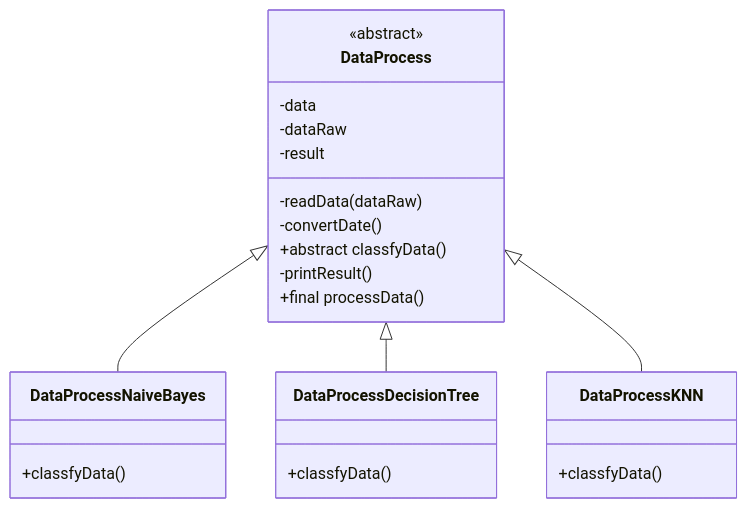
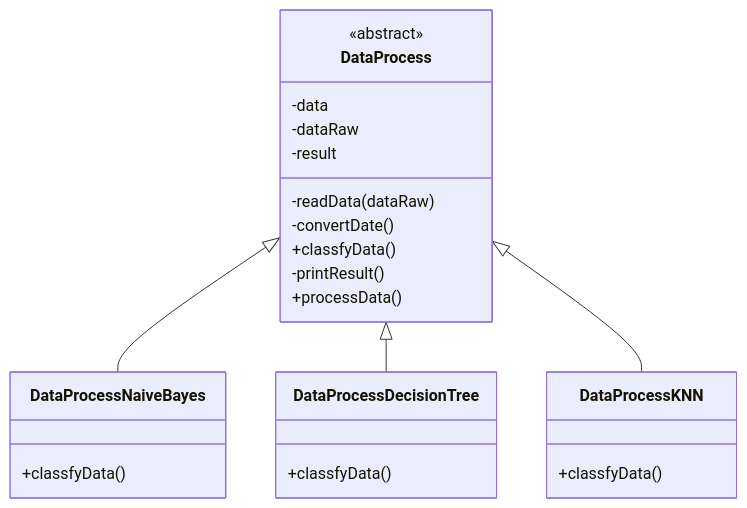
Before and after one commit to zltyrzshy/designModeLab: the fourth of 8 diagrams in src/main/java/org/shan/lab2/resources/DesignMode_Lab2.md, drawn with Mermaid. The commit also changed other lines of this file and 5 other files, not shown here.

````diff
--- a/src/main/java/org/shan/lab2/resources/DesignMode_Lab2.md
+++ b/src/main/java/org/shan/lab2/resources/DesignMode_Lab2.md
@@ -120,31 +120,31 @@
 ```mermaid
 classDiagram
 DataProcess <|-- DataProcessNaiveBayes
 DataProcess <|-- DataProcessDecisionTree
 DataProcess <|-- DataProcessKNN
 
 class DataProcess{
 <<abstract>>
 -data
 -dataRaw
 -result
 
 -readData(dataRaw)
 -convertDate()
-+abstract classfyData()
++classfyData()
 -printResult()
-+final processData()
++processData()
 }
 
 class DataProcessNaiveBayes{
 +classfyData()
 }
 
 class DataProcessDecisionTree{
 +classfyData()
 }
 
 class DataProcessKNN{
 +classfyData()
 }
 ```
````
